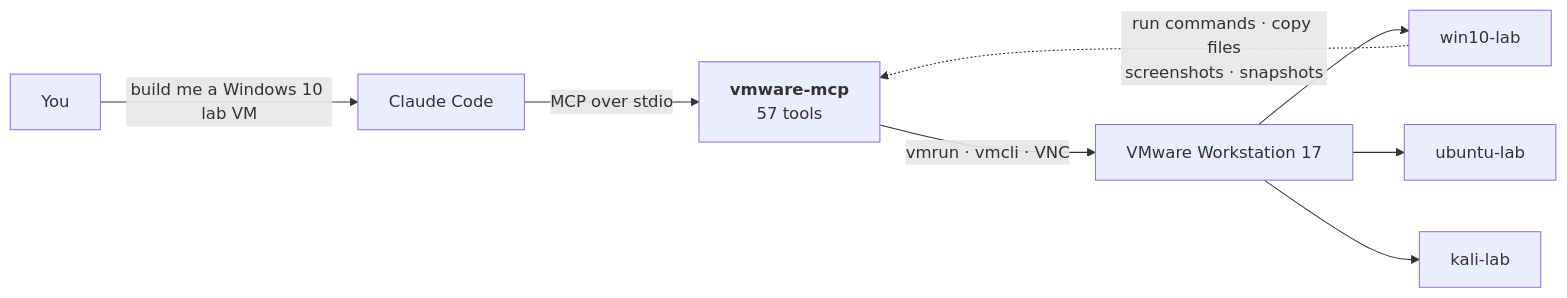
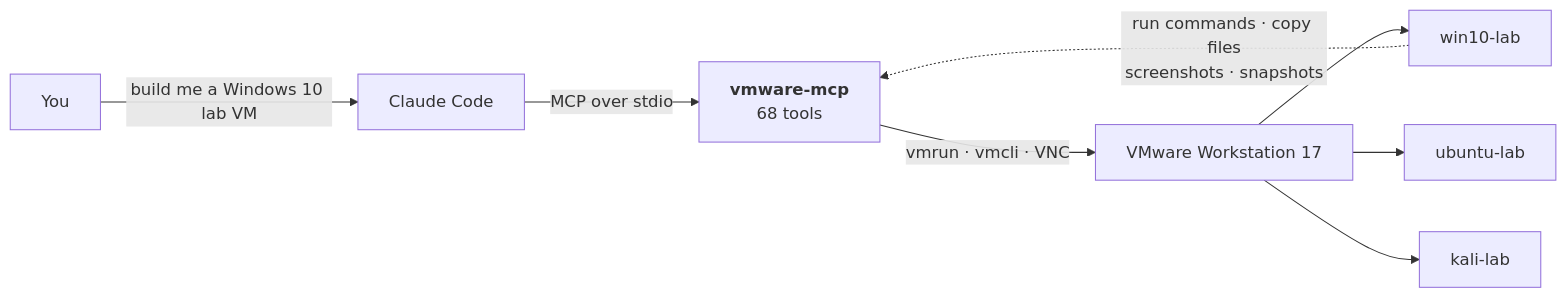
Before and after one commit to T-R-I-T-E-J/vmware-mcp: the diagram in README.md, drawn with Mermaid. The commit also changed other lines of this file and 4 other files, not shown here.

````diff
--- a/README.md
+++ b/README.md
@@ -11,10 +11,10 @@
 ```mermaid
 flowchart LR
     U["You"] -->|"build me a Windows 10 lab VM"| C["Claude Code"]
-    C -->|"MCP over stdio"| S["<b>vmware-mcp</b><br/>57 tools"]
+    C -->|"MCP over stdio"| S["<b>vmware-mcp</b><br/>68 tools"]
     S -->|"vmrun · vmcli · VNC"| W["VMware Workstation 17"]
     W --> V1["win10-lab"]
     W --> V2["ubuntu-lab"]
     W --> V3["kali-lab"]
     V1 -.->|"run commands · copy files<br/>screenshots · snapshots"| S
 ```
````
